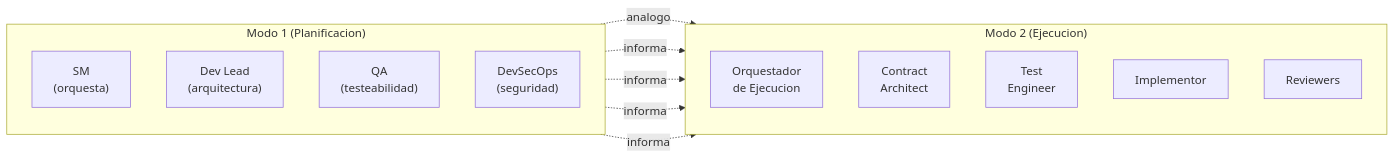
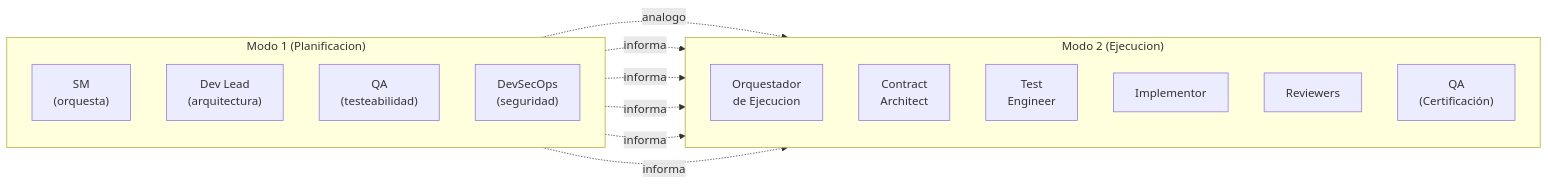
The fifth of 6 diagrams in docs/execution/README.md (virgenherrera/idea-to-mvp), drawn with Mermaid before and after one commit. The commit also changed other lines of this file and 3 other files, not shown here.

First line of the commit message:
feat: boundary-model testing architecture + Accept phase

````diff
--- a/docs/execution/README.md
+++ b/docs/execution/README.md
@@ -201,25 +205,27 @@
 ```mermaid
 flowchart LR
     subgraph PLAN["Modo 1 (Planificacion)"]
         direction TB
         SM_P["SM\n(orquesta)"]
         DEV_P["Dev Lead\n(arquitectura)"]
         QA_P["QA\n(testeabilidad)"]
         SEC_P["DevSecOps\n(seguridad)"]
     end
 
     subgraph EXEC_R["Modo 2 (Ejecucion)"]
         direction TB
         OE["Orquestador\nde Ejecucion"]
         CA["Contract\nArchitect"]
         TE["Test\nEngineer"]
         IMP["Implementor"]
         REV["Reviewers"]
+        QA_E["QA\n(Certificación)"]
     end
 
     SM_P -.->|"analogo"| OE
     DEV_P -.->|"informa"| CA
     QA_P -.->|"informa"| TE
     DEV_P -.->|"informa"| IMP
     SEC_P -.->|"informa"| REV
+    QA_P -.->|"informa"| QA_E
 ```
````
